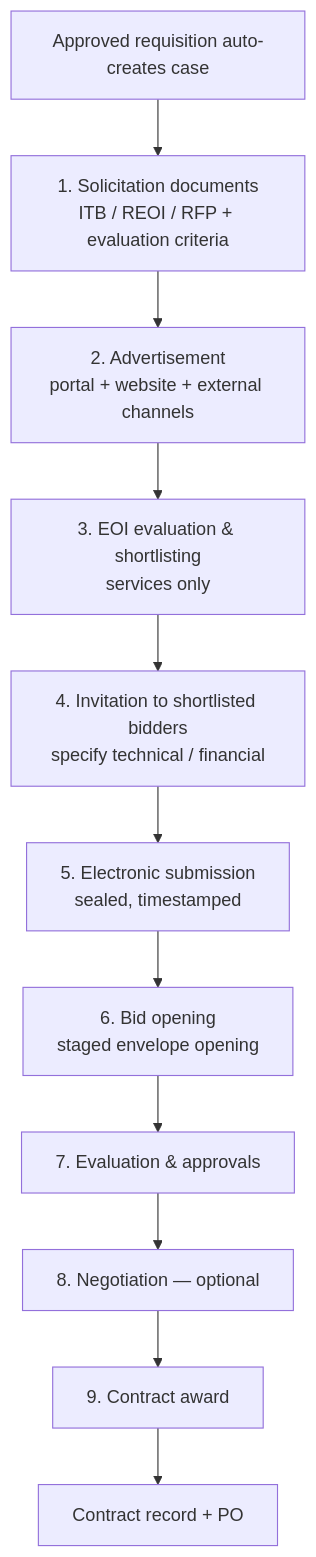
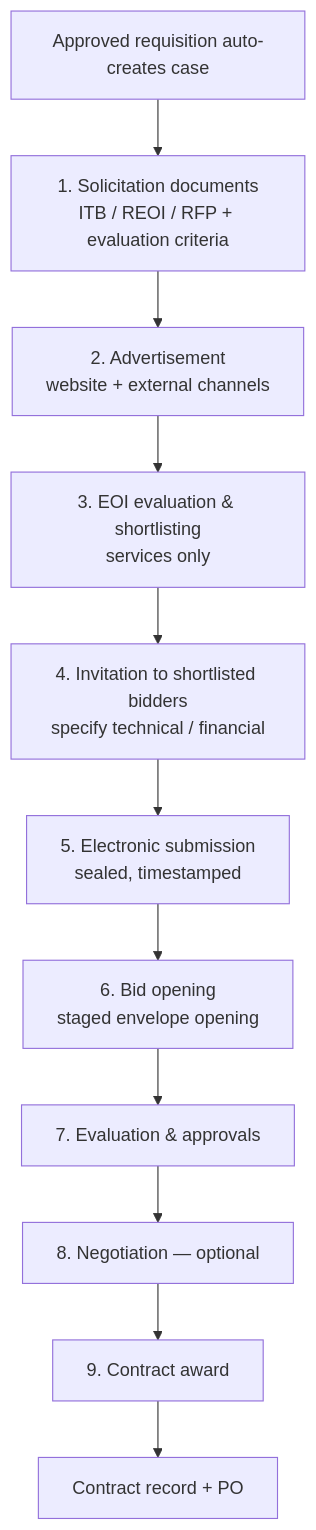
Before and after one commit to Kofi-Yeboah/Aceterpfinalv2copy: the fourth of 10 diagrams in docs/PROCUREMENT-FLOWS.md, drawn with Mermaid. The commit also changed other lines of this file and 15 other files, not shown here.

````diff
--- a/docs/PROCUREMENT-FLOWS.md
+++ b/docs/PROCUREMENT-FLOWS.md
@@ -281,13 +281,13 @@
 ```mermaid
 flowchart TD
     A[Approved requisition auto-creates case] --> B[1. Solicitation documents<br/>ITB / REOI / RFP + evaluation criteria]
-    B --> C[2. Advertisement<br/>portal + website + external channels]
+    B --> C[2. Advertisement<br/>website + external channels]
     C --> D[3. EOI evaluation & shortlisting<br/>services only]
     D --> E[4. Invitation to shortlisted bidders<br/>specify technical / financial]
     E --> F[5. Electronic submission<br/>sealed, timestamped]
     F --> G[6. Bid opening<br/>staged envelope opening]
     G --> H[7. Evaluation & approvals]
     H --> I[8. Negotiation — optional]
     I --> J[9. Contract award]
     J --> K[Contract record + PO]
 ```
````
